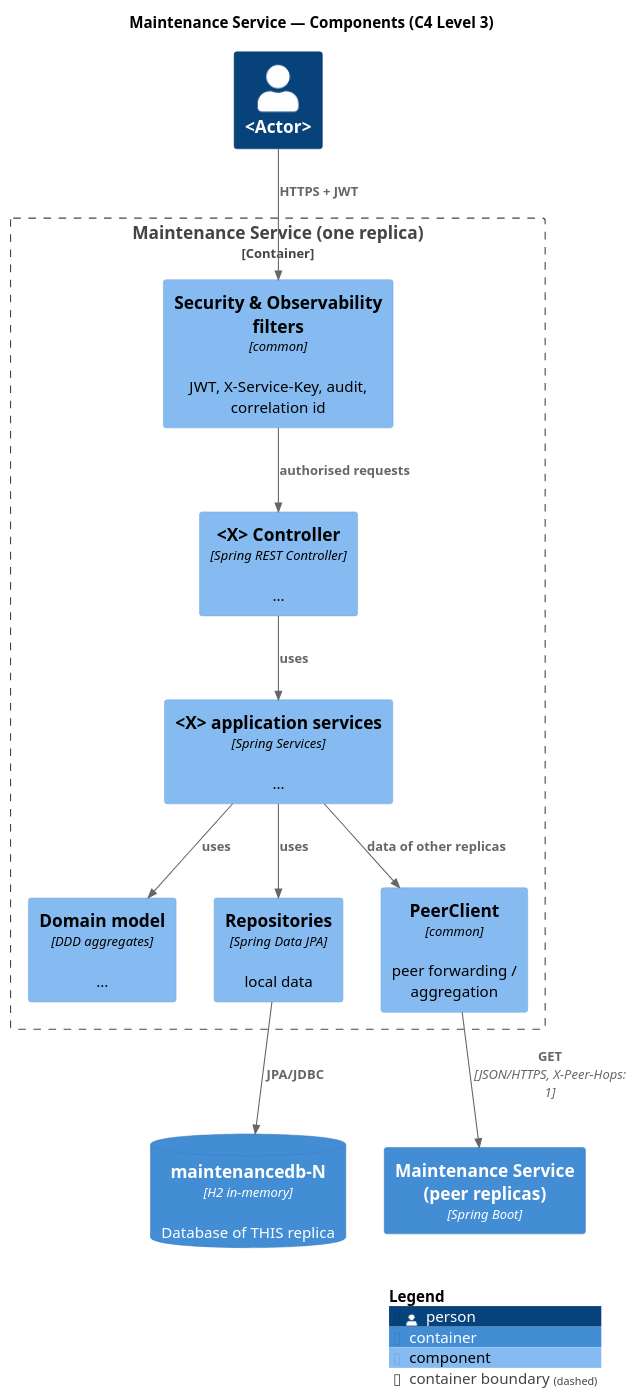
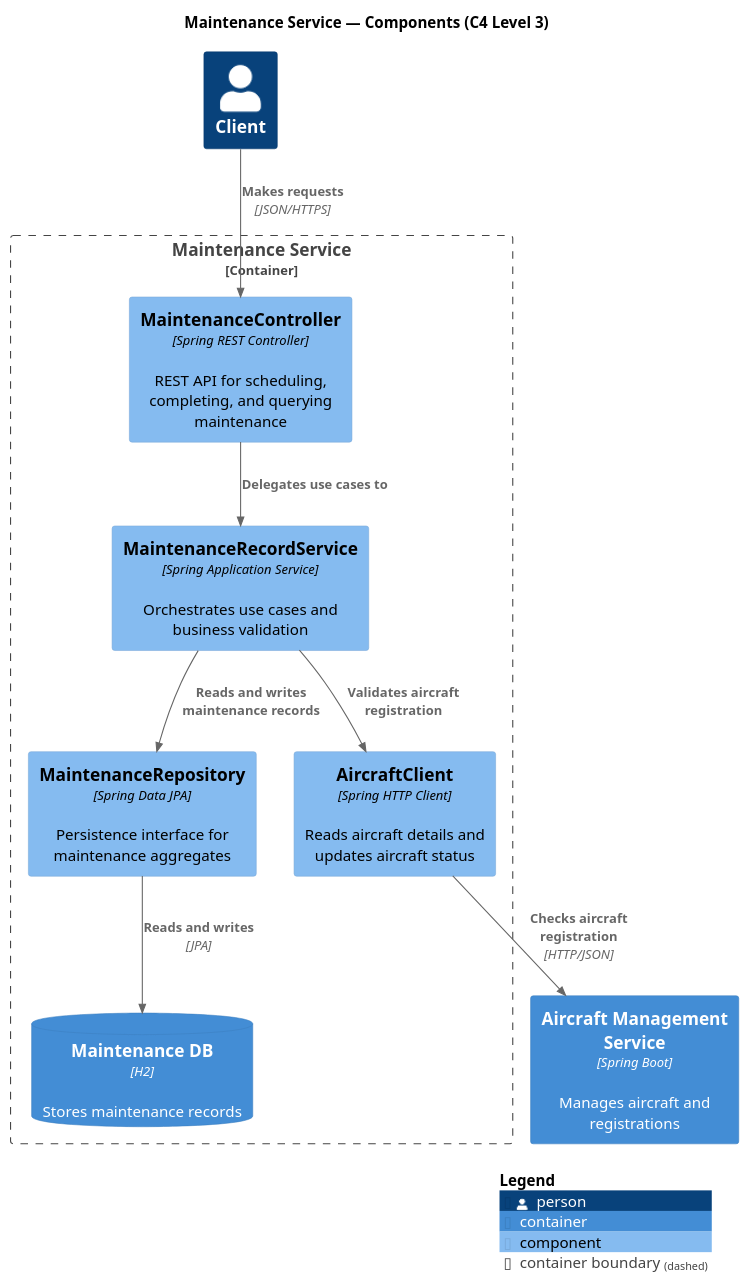
The diagram in docs/3-components/maintenance/puml/C4-L3-Maintenance-Components.puml (caetanotiago/Project_SIDIS), drawn with PlantUML before and after one commit. The commit also changed 47 other files, not shown here.

```diff
--- a/docs/3-components/maintenance/puml/C4-L3-Maintenance-Components.puml
+++ b/docs/3-components/maintenance/puml/C4-L3-Maintenance-Components.puml
@@ -1,29 +1,25 @@
 @startuml C4-L3-Maintenance-Components
 !include <C4/C4_Component>
 LAYOUT_TOP_DOWN()
 title Maintenance Service — Components (C4 Level 3)
 
-Person(user, "<Actor>")
-Container(peer, "Maintenance Service (peer replicas)", "Spring Boot")
-ContainerDb(db, "maintenancedb-N", "H2 in-memory", "Database of THIS replica")
+Person(client, "Client")
+Container(aircraftService, "Aircraft Management Service", "Spring Boot", "Manages aircraft and registrations")
 
-Container_Boundary(svc, "Maintenance Service (one replica)") {
-    Component(sec, "Security & Observability filters", "common", "JWT, X-Service-Key, audit, correlation id")
-    Component(ctrl, "<X> Controller", "Spring REST Controller", "...")
-    Component(app, "<X> application services", "Spring Services", "...")
-    Component(domain, "Domain model", "DDD aggregates", "...")
-    Component(repos, "Repositories", "Spring Data JPA", "local data")
-    Component(peerClient, "PeerClient", "common", "peer forwarding / aggregation")
+Container_Boundary(maintenance, "Maintenance Service") {
+    Component(controller, "MaintenanceController", "Spring REST Controller", "REST API for scheduling, completing, and querying maintenance")
+    Component(service, "MaintenanceRecordService", "Spring Application Service", "Orchestrates use cases and business validation")
+    Component(repository, "MaintenanceRepository", "Spring Data JPA", "Persistence interface for maintenance aggregates")
+    Component(aircraftClient, "AircraftClient", "Spring HTTP Client", "Reads aircraft details and updates aircraft status")
+    ContainerDb(database, "Maintenance DB", "H2", "Stores maintenance records")
 }
 
-Rel(user, sec, "HTTPS + JWT")
-Rel(sec, ctrl, "authorised requests")
-Rel(ctrl, app, "uses")
-Rel(app, domain, "uses")
-Rel(app, repos, "uses")
-Rel(repos, db, "JPA/JDBC")
-Rel(app, peerClient, "data of other replicas")
-Rel(peerClient, peer, "GET", "JSON/HTTPS, X-Peer-Hops: 1")
+Rel(client, controller, "Makes requests", "JSON/HTTPS")
+Rel(controller, service, "Delegates use cases to")
+Rel(service, repository, "Reads and writes maintenance records")
+Rel(service, aircraftClient, "Validates aircraft registration")
+Rel(repository, database, "Reads and writes", "JPA")
+Rel(aircraftClient, aircraftService, "Checks aircraft registration", "HTTP/JSON")
 
 SHOW_LEGEND()
 @enduml
```
